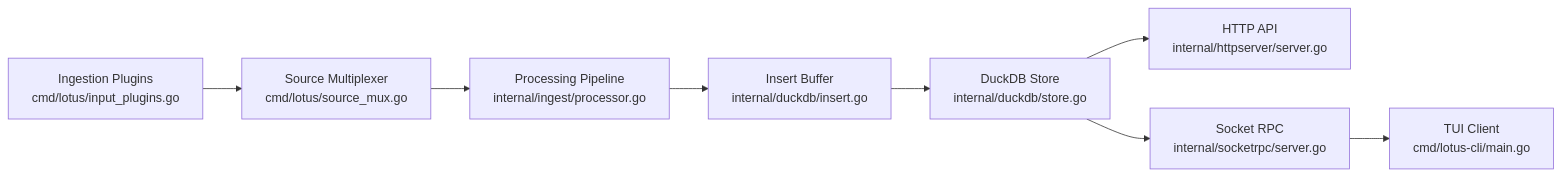
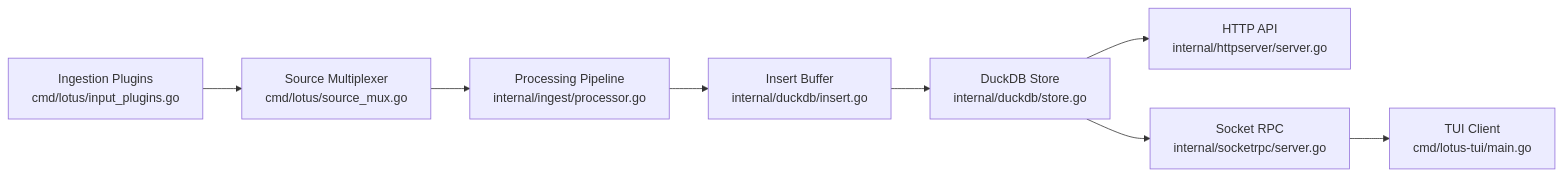
Before and after one commit to heyojules/lotus: the diagram in docs/layers/README.md, drawn with Mermaid. The commit also changed 5 other files, not shown here.

Commit message:
chore: renamed cli to tui

````diff
--- a/docs/layers/README.md
+++ b/docs/layers/README.md
@@ -25,10 +25,10 @@
 ```mermaid
 flowchart LR
   A["Ingestion Plugins\ncmd/lotus/input_plugins.go"] --> B["Source Multiplexer\ncmd/lotus/source_mux.go"]
   B --> C["Processing Pipeline\ninternal/ingest/processor.go"]
   C --> D["Insert Buffer\ninternal/duckdb/insert.go"]
   D --> E["DuckDB Store\ninternal/duckdb/store.go"]
   E --> F["HTTP API\ninternal/httpserver/server.go"]
   E --> G["Socket RPC\ninternal/socketrpc/server.go"]
-  G --> H["TUI Client\ncmd/lotus-cli/main.go"]
+  G --> H["TUI Client\ncmd/lotus-tui/main.go"]
 ```
````
